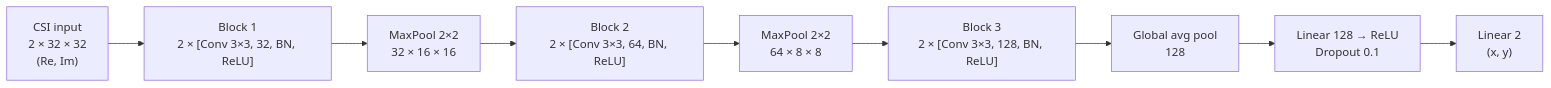
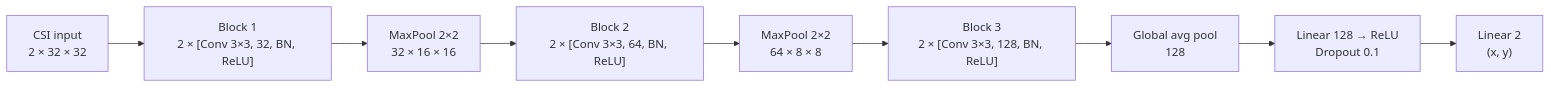
Before and after one commit to yemnox/UE-localisation-by-CSI: the first of 3 diagrams in README.md, drawn with Mermaid. The commit also changed other lines of this file, not shown here.

````diff
--- a/README.md
+++ b/README.md
@@ -83,11 +101,11 @@
 ```mermaid
 flowchart LR
-    A["CSI input<br/>2 × 32 × 32<br/>(Re, Im)"] --> B["Block 1<br/>2 × [Conv 3×3, 32, BN, ReLU]"]
+    A["CSI input<br/>2 × 32 × 32"] --> B["Block 1<br/>2 × [Conv 3×3, 32, BN, ReLU]"]
     B --> C["MaxPool 2×2<br/>32 × 16 × 16"]
     C --> D["Block 2<br/>2 × [Conv 3×3, 64, BN, ReLU]"]
     D --> E["MaxPool 2×2<br/>64 × 8 × 8"]
     E --> F["Block 3<br/>2 × [Conv 3×3, 128, BN, ReLU]"]
     F --> G["Global avg pool<br/>128"]
     G --> H["Linear 128 → ReLU<br/>Dropout 0.1"]
     H --> I["Linear 2<br/>(x, y)"]
 ```
````
